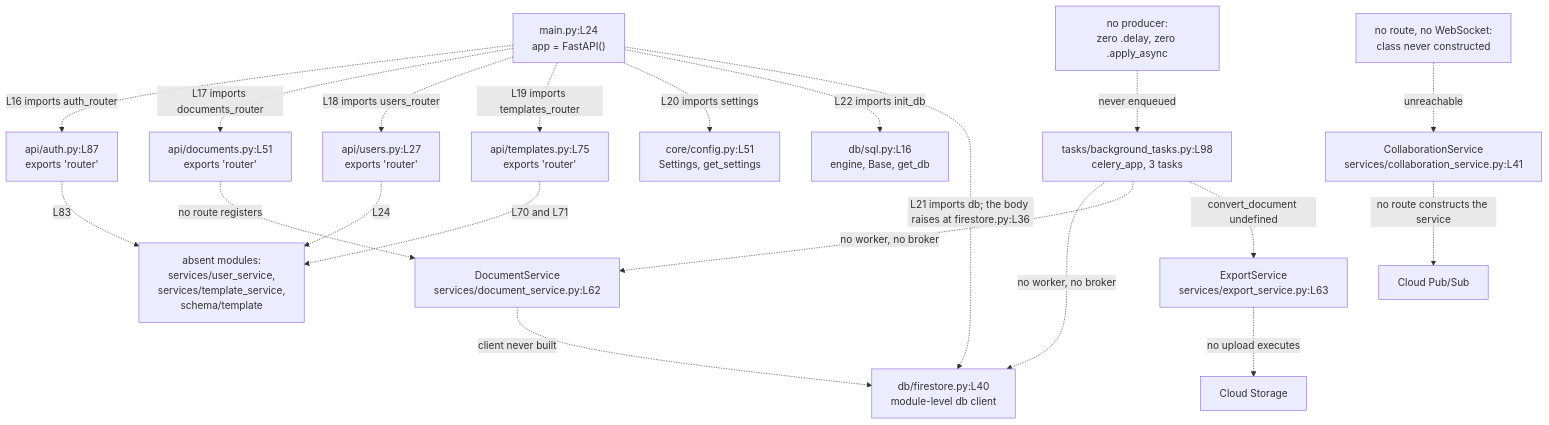
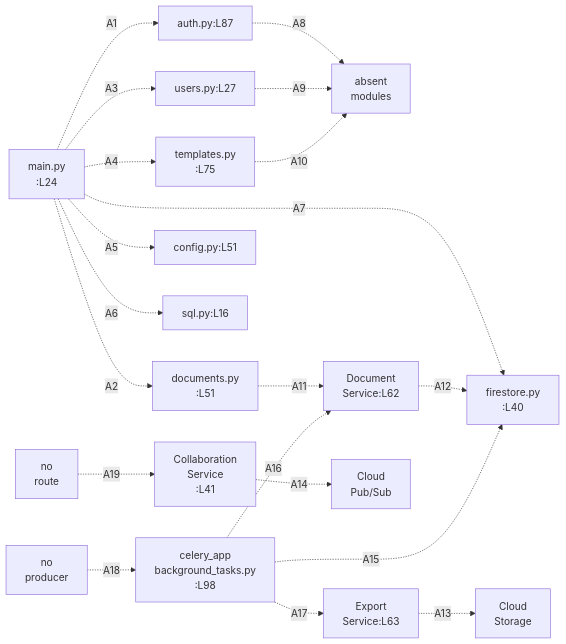
Before and after one commit to blitzy-public-samples/microsoft-word-u33ko0: the diagram in backend/app/README.md, drawn with Mermaid. The commit also changed other lines of this file and 20 other files, not shown here.

First line of the commit message:
﻿docs: resolve QA findings on Mermaid legibility, label integrity and accessibility

````diff
--- a/backend/app/README.md
+++ b/backend/app/README.md
@@ -175,41 +175,48 @@
 ```mermaid
-graph TD
-    MAIN["main.py:L24<br/>app = FastAPI()"]
-    AUTH["api/auth.py:L87<br/>exports 'router'"]
-    DOCS["api/documents.py:L51<br/>exports 'router'"]
-    USERS["api/users.py:L27<br/>exports 'router'"]
-    TMPL["api/templates.py:L75<br/>exports 'router'"]
-    CFG["core/config.py:L51<br/>Settings, get_settings"]
-    FS["db/firestore.py:L40<br/>module-level db client"]
-    SQL["db/sql.py:L16<br/>engine, Base, get_db"]
-    DSVC["DocumentService<br/>services/document_service.py:L62"]
-    CSVC["CollaborationService<br/>services/collaboration_service.py:L41"]
-    ESVC["ExportService<br/>services/export_service.py:L63"]
-    TASKS["tasks/background_tasks.py:L98<br/>celery_app, 3 tasks"]
-    ABSENT["absent modules:<br/>services/user_service,<br/>services/template_service,<br/>schema/template"]
-    NOPROD["no producer:<br/>zero .delay, zero .apply_async"]
-    NOROUTE["no route, no WebSocket:<br/>class never constructed"]
+graph LR
+    accTitle: The composition root, the four routers, the services and the adapters
+    accDescr: Every edge is dashed because the package import fails at api/auth.py:L81, so no route registers and no client is constructed. Each node names its file and line, and every edge carries a key resolved in the table below the diagram.
+    MAIN["main.py<br/>:L24"]
+    NOPROD["no<br/>producer"]
+    NOROUTE["no<br/>route"]
 
-    MAIN -.->|"L16 imports auth_router"| AUTH
-    MAIN -.->|"L17 imports documents_router"| DOCS
-    MAIN -.->|"L18 imports users_router"| USERS
-    MAIN -.->|"L19 imports templates_router"| TMPL
-    MAIN -.->|"L20 imports settings"| CFG
-    MAIN -.->|"L22 imports init_db"| SQL
-    MAIN -.->|"L21 imports db; the body raises at firestore.py:L36"| FS
-    AUTH -.->|"L83"| ABSENT
-    USERS -.->|"L24"| ABSENT
-    TMPL -.->|"L70 and L71"| ABSENT
-    DOCS -.->|"no route registers"| DSVC
-    DSVC -.->|"client never built"| FS
-    ESVC -.->|"no upload executes"| STORE["Cloud Storage"]
-    CSVC -.->|"no route constructs the service"| PUBSUB["Cloud Pub/Sub"]
-    TASKS -.->|"no worker, no broker"| FS
-    TASKS -.->|"no worker, no broker"| DSVC
-    TASKS -.->|"convert_document undefined"| ESVC
+    AUTH["auth.py:L87"]
+    DOCS["documents.py<br/>:L51"]
+    USERS["users.py:L27"]
+    TMPL["templates.py<br/>:L75"]
+    CFG["config.py:L51"]
+    SQL["sql.py:L16"]
+    TASKS["celery_app<br/>background_tasks.py<br/>:L98"]
+    CSVC["Collaboration<br/>Service<br/>:L41"]
 
-    NOPROD -.->|"never enqueued"| TASKS
-    NOROUTE -.->|"unreachable"| CSVC
+    ABSENT["absent<br/>modules"]
+    DSVC["Document<br/>Service:L62"]
+    ESVC["Export<br/>Service:L63"]
+
+    FS["firestore.py<br/>:L40"]
+    STORE["Cloud<br/>Storage"]
+    PUBSUB["Cloud<br/>Pub/Sub"]
+
+    MAIN -.->|"A1"| AUTH
+    MAIN -.->|"A2"| DOCS
+    MAIN -.->|"A3"| USERS
+    MAIN -.->|"A4"| TMPL
+    MAIN -.->|"A5"| CFG
+    MAIN -.->|"A6"| SQL
+    MAIN -.->|"A7"| FS
+    AUTH -.->|"A8"| ABSENT
+    USERS -.->|"A9"| ABSENT
+    TMPL -.->|"A10"| ABSENT
+    DOCS -.->|"A11"| DSVC
+    DSVC -.->|"A12"| FS
+    ESVC -.->|"A13"| STORE
+    CSVC -.->|"A14"| PUBSUB
+    TASKS -.->|"A15"| FS
+    TASKS -.->|"A16"| DSVC
+    TASKS -.->|"A17"| ESVC
+    NOPROD -.->|"A18"| TASKS
+    NOROUTE -.->|"A19"| CSVC
+
 %% Every edge above is dashed: package import fails at api/auth.py:L81, so no route
 %% registers, no client is ever constructed, and nothing downstream executes.
 ```
````
